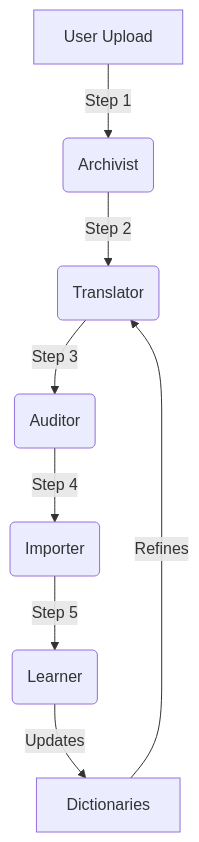
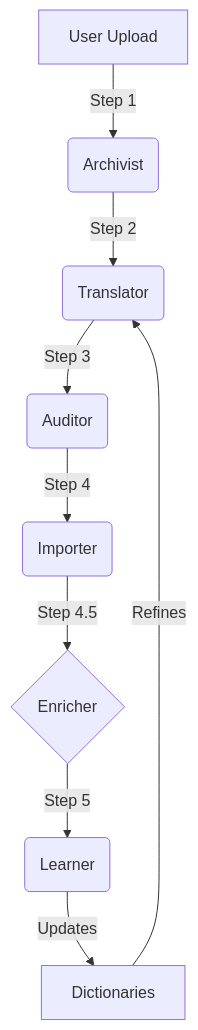
Before and after one commit to wlgrana/aicontainertracker: the diagram in docs/SELF_IMPROVING_ENGINE.md, drawn with Mermaid. The commit also changed other lines of this file and 6 other files, not shown here.

````diff
--- a/docs/SELF_IMPROVING_ENGINE.md
+++ b/docs/SELF_IMPROVING_ENGINE.md
@@ -15,10 +15,11 @@
 ```mermaid
 graph TD
     A[User Upload] -->|Step 1| B(Archivist)
     B -->|Step 2| C(Translator)
     C -->|Step 3| D(Auditor)
     D -->|Step 4| E(Importer)
-    E -->|Step 5| F(Learner)
-    F -->|Updates| G[Dictionaries]
-    G -->|Refines| C
+    E -->|Step 4.5| F{Enricher}
+    F -->|Step 5| G(Learner)
+    G -->|Updates| H[Dictionaries]
+    H -->|Refines| C
 ```
````
